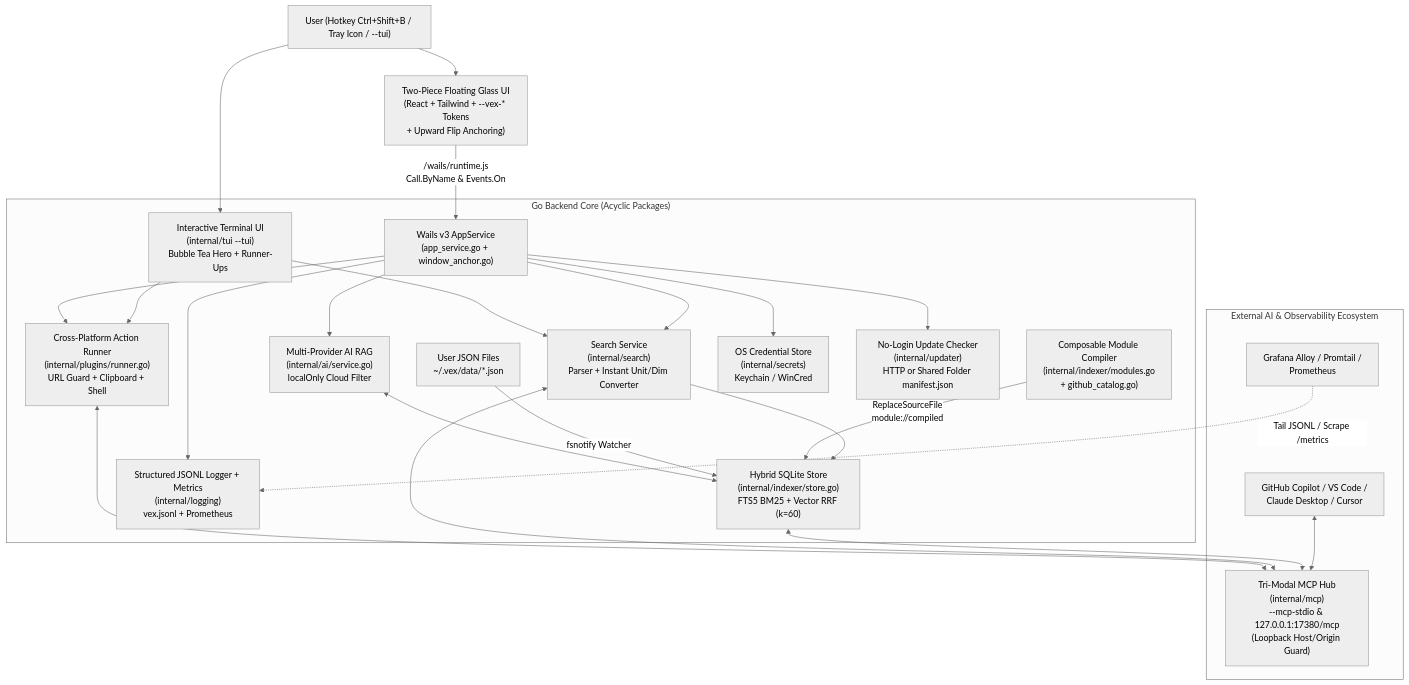
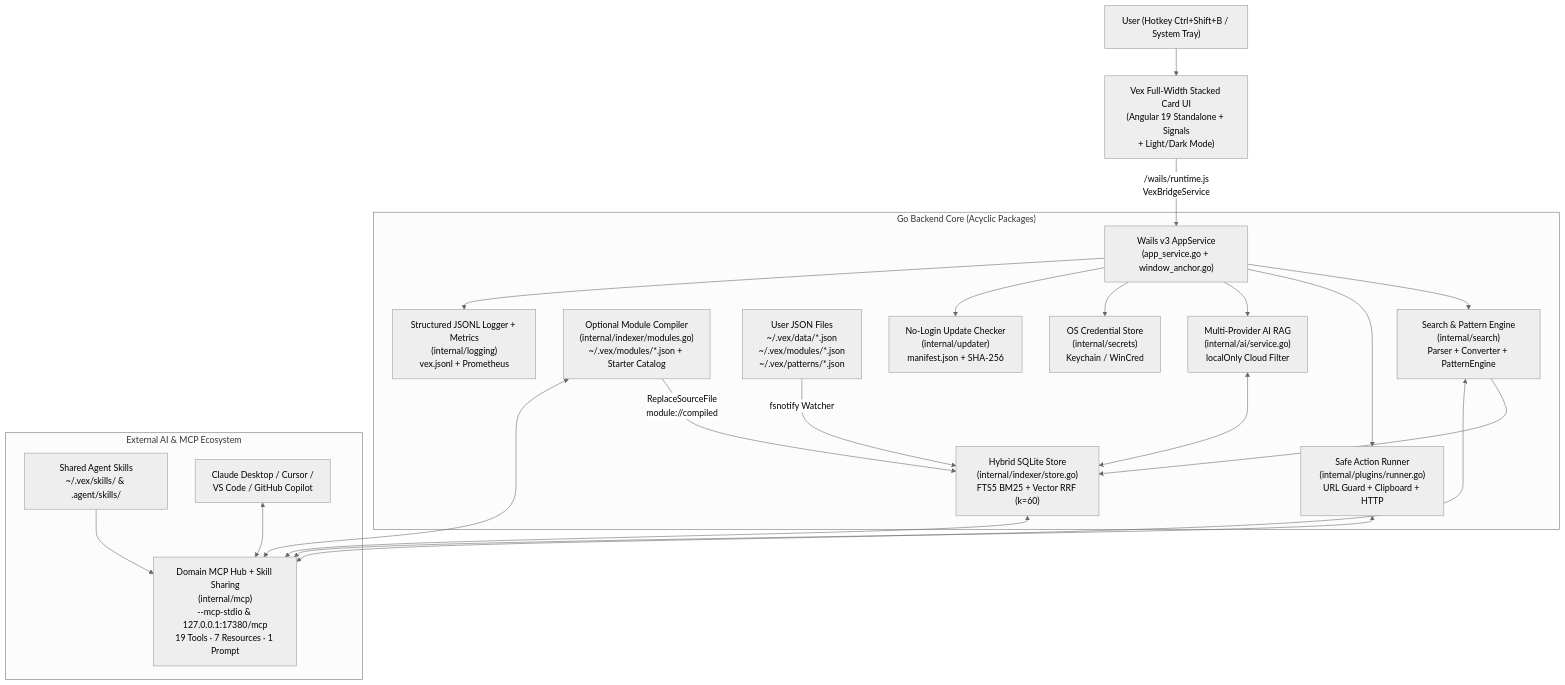
The diagram in docs/ARCHITECTURE.md (lebestiarii/vex-app), drawn with Mermaid (neutral theme) before and after one commit. The commit also changed other lines of this file and 88 other files, not shown here.

Commit message:
feat: Angular 19 full-width stacked Rolodex UI, optional modules, configurable patterns, and MCP skill sharing

````diff
--- a/docs/ARCHITECTURE.md
+++ b/docs/ARCHITECTURE.md
@@ -10,31 +10,29 @@
 ```mermaid
 flowchart TD
-    User["User (Hotkey Ctrl+Shift+B / Tray Icon / --tui)"] --> UI["Two-Piece Floating Glass UI\n(React + Tailwind + --vex-* Tokens\n+ Upward Flip Anchoring)"]
-    User --> TUI["Interactive Terminal UI\n(internal/tui --tui)\nBubble Tea Hero + Runner-Ups"]
-    UI -->|"/wails/runtime.js\nCall.ByName & Events.On"| RPC["Wails v3 AppService\n(app_service.go + window_anchor.go)"]
+    User["User (Hotkey Ctrl+Shift+B / System Tray)"] --> UI["Vex Full-Width Stacked Card UI\n(Angular 19 Standalone + Signals\n+ Light/Dark Mode)"]
+    UI -->|"/wails/runtime.js\nVexBridgeService"| RPC["Wails v3 AppService\n(app_service.go + window_anchor.go)"]
 
     subgraph Core["Go Backend Core (Acyclic Packages)"]
-        RPC --> Search["Search Service\n(internal/search)\nParser + Instant Unit/Dim Converter"]
-        TUI --> Search
-        TUI --> Runner
+        RPC --> Search["Search & Pattern Engine\n(internal/search)\nParser + Converter + PatternEngine"]
         Search --> Store["Hybrid SQLite Store\n(internal/indexer/store.go)\nFTS5 BM25 + Vector RRF (k=60)"]
-        Modules["Composable Module Compiler\n(internal/indexer/modules.go\n+ github_catalog.go)"] -->|"ReplaceSourceFile\nmodule://compiled"| Store
-        UserData["User JSON Files\n~/.vex/data/*.json"] -->|"fsnotify Watcher"| Store
-        RPC --> Runner["Cross-Platform Action Runner\n(internal/plugins/runner.go)\nURL Guard + Clipboard + Shell"]
+        Modules["Optional Module Compiler\n(internal/indexer/modules.go)\n~/.vex/modules/*.json + Starter Catalog"] -->|"ReplaceSourceFile\nmodule://compiled"| Store
+        UserData["User JSON Files\n~/.vex/data/*.json\n~/.vex/modules/*.json\n~/.vex/patterns/*.json"] -->|"fsnotify Watcher"| Store
+        RPC --> Runner["Safe Action Runner\n(internal/plugins/runner.go)\nURL Guard + Clipboard + HTTP"]
         RPC --> AI["Multi-Provider AI RAG\n(internal/ai/service.go)\nlocalOnly Cloud Filter"]
         RPC --> Secrets["OS Credential Store\n(internal/secrets)\nKeychain / WinCred"]
-        RPC --> Updater["No-Login Update Checker\n(internal/updater)\nHTTP or Shared Folder manifest.json"]
+        RPC --> Updater["No-Login Update Checker\n(internal/updater)\nmanifest.json + SHA-256"]
         RPC --> Log["Structured JSONL Logger + Metrics\n(internal/logging)\nvex.jsonl + Prometheus"]
     end
 
-    subgraph External["External AI & Observability Ecosystem"]
-        MCP["Tri-Modal MCP Hub\n(internal/mcp)\n--mcp-stdio & 127.0.0.1:17380/mcp\n(Loopback Host/Origin Guard)"]
-        Clients["GitHub Copilot / VS Code /\nClaude Desktop / Cursor"] <--> MCP
-        Grafana["Grafana Alloy / Promtail /\nPrometheus"] -.->|"Tail JSONL / Scrape /metrics"| Log
+    subgraph External["External AI & MCP Ecosystem"]
+        MCP["Domain MCP Hub + Skill Sharing\n(internal/mcp)\n--mcp-stdio & 127.0.0.1:17380/mcp\n19 Tools · 7 Resources · 1 Prompt"]
+        Skills["Shared Agent Skills\n~/.vex/skills/ & .agent/skills/"] --> MCP
+        Clients["Claude Desktop / Cursor /\nVS Code / GitHub Copilot"] <--> MCP
     end
 
     Store <--> MCP
     Search <--> MCP
     Runner <--> MCP
+    Modules <--> MCP
     AI <--> Store
 ```
````
